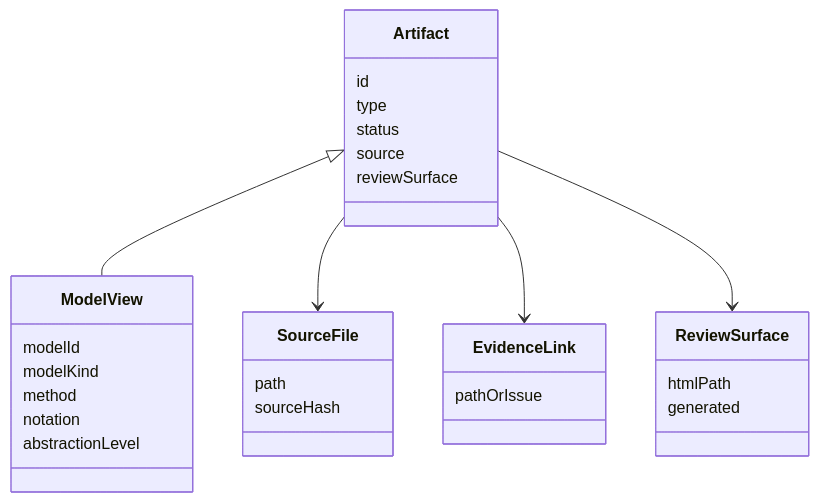
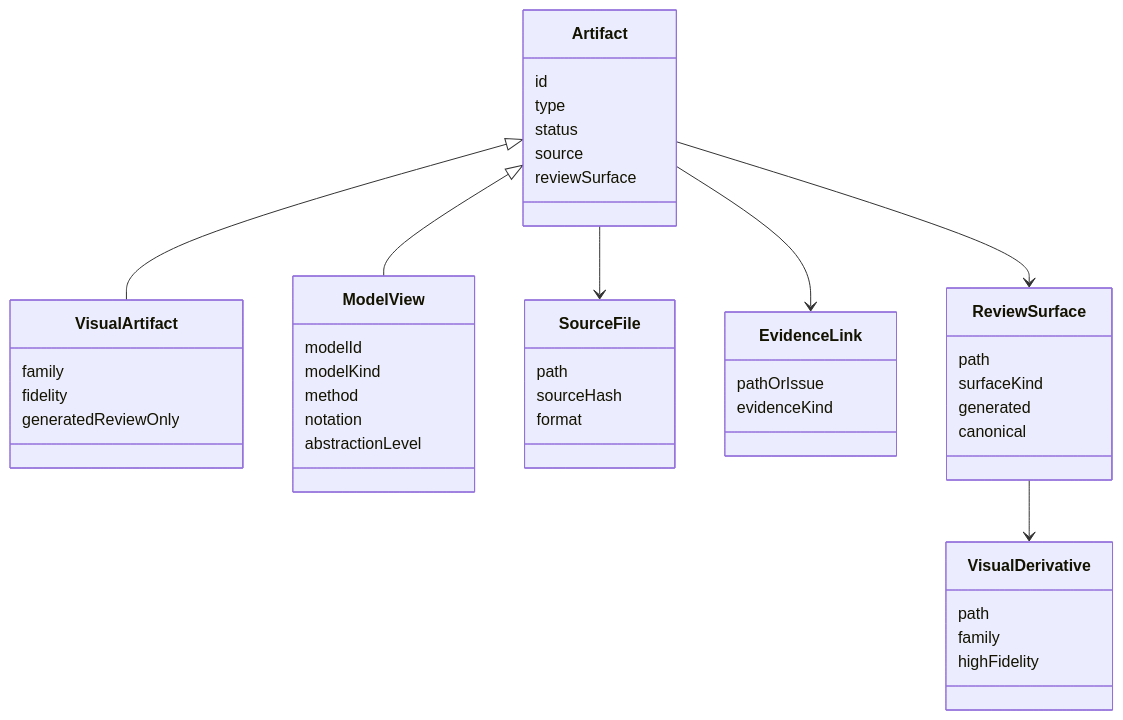
The diagram in docs/artifacts/source/models/sh-domain-artifact-governance.md (45ck/skill-harness), drawn with Mermaid before and after one commit. The commit also changed other lines of this file and 45 other files, not shown here.

Commit message:
Add visual source-first artifact doctrine

````diff
--- a/docs/artifacts/source/models/sh-domain-artifact-governance.md
+++ b/docs/artifacts/source/models/sh-domain-artifact-governance.md
@@ -43,32 +45,48 @@
 ```mermaid
 classDiagram
   class Artifact {
     id
     type
     status
     source
     reviewSurface
+  }
+  class VisualArtifact {
+    family
+    fidelity
+    generatedReviewOnly
   }
   class ModelView {
     modelId
     modelKind
     method
     notation
     abstractionLevel
   }
   class SourceFile {
     path
     sourceHash
+    format
+  }
+  class VisualDerivative {
+    path
+    family
+    highFidelity
   }
   class EvidenceLink {
     pathOrIssue
+    evidenceKind
   }
   class ReviewSurface {
-    htmlPath
+    path
+    surfaceKind
     generated
+    canonical
   }
+  Artifact <|-- VisualArtifact
   Artifact <|-- ModelView
   Artifact --> SourceFile
   Artifact --> EvidenceLink
   Artifact --> ReviewSurface
+  ReviewSurface --> VisualDerivative
 ```
````
